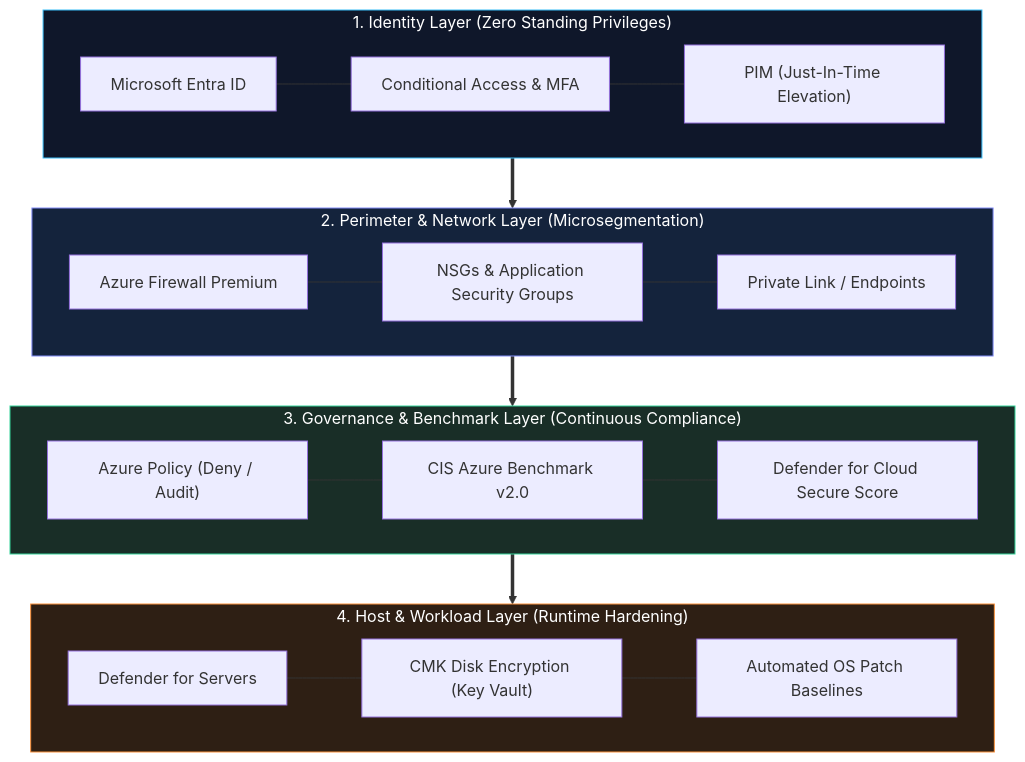
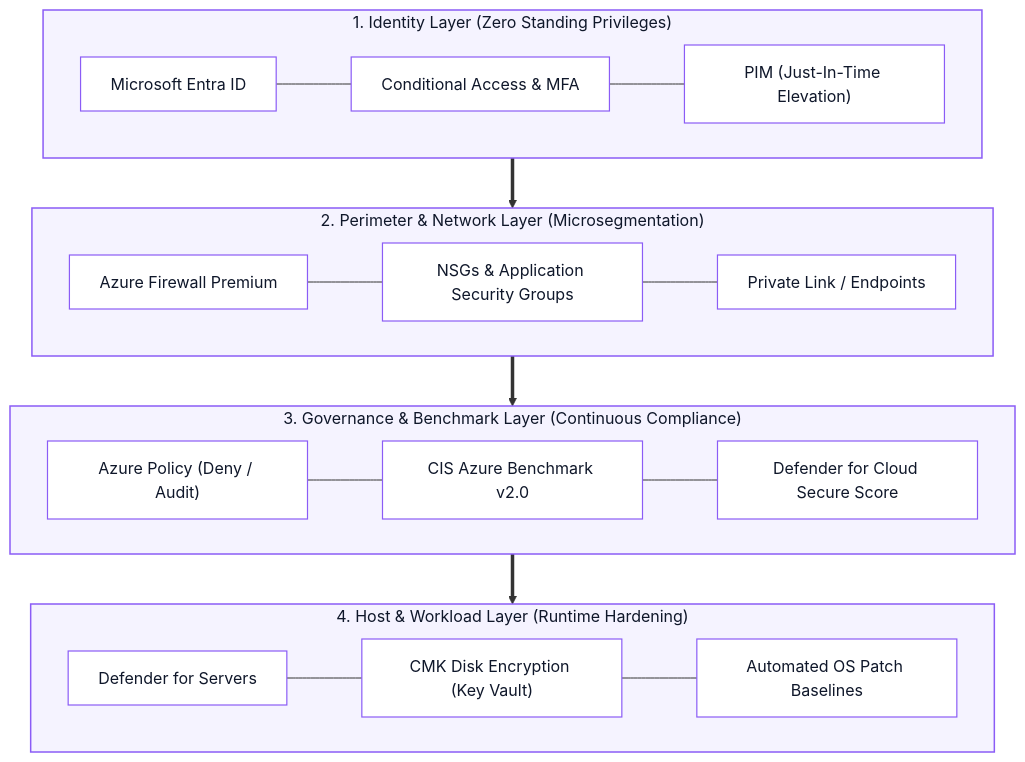
The sixth of 10 diagrams in README.md (Ankitasingh-singh/Ankitasingh-singh), drawn with Mermaid before and after one commit. The commit also changed other lines of this file, not shown here.

````diff
--- a/README.md
+++ b/README.md
@@ -334,25 +411,38 @@
 ```mermaid
 flowchart TD
     subgraph Layer1["1. Identity Layer (Zero Standing Privileges)"]
         ID1["Microsoft Entra ID"] --- ID2["Conditional Access & MFA"] --- ID3["PIM (Just-In-Time Elevation)"]
     end
 
     subgraph Layer2["2. Perimeter & Network Layer (Microsegmentation)"]
         NET1["Azure Firewall Premium"] --- NET2["NSGs & Application Security Groups"] --- NET3["Private Link / Endpoints"]
     end
 
     subgraph Layer3["3. Governance & Benchmark Layer (Continuous Compliance)"]
         GOV1["Azure Policy (Deny / Audit)"] --- GOV2["CIS Azure Benchmark v2.0"] --- GOV3["Defender for Cloud Secure Score"]
     end
 
     subgraph Layer4["4. Host & Workload Layer (Runtime Hardening)"]
         CMP1["Defender for Servers"] --- CMP2["CMK Disk Encryption (Key Vault)"] --- CMP3["Automated OS Patch Baselines"]
     end
 
     Layer1 ==> Layer2 ==> Layer3 ==> Layer4
 
-    style Layer1 fill:#0f172a,stroke:#38bdf8,stroke-width:1px,color:#fff
-    style Layer2 fill:#14233c,stroke:#818cf8,stroke-width:1px,color:#fff
-    style Layer3 fill:#192e27,stroke:#34d399,stroke-width:1px,color:#fff
-    style Layer4 fill:#2e1f14,stroke:#fb923c,stroke-width:1px,color:#fff
+    style Layer1 fill:#f5f3ff,stroke:#8b5cf6,stroke-width:1.5px,color:#0f172a
+    style Layer2 fill:#f5f3ff,stroke:#8b5cf6,stroke-width:1.5px,color:#0f172a
+    style Layer3 fill:#f5f3ff,stroke:#8b5cf6,stroke-width:1.5px,color:#0f172a
+    style Layer4 fill:#f5f3ff,stroke:#8b5cf6,stroke-width:1.5px,color:#0f172a
+
+    style ID1 fill:#ffffff,stroke:#8b5cf6,stroke-width:1.2px,color:#0f172a
+    style ID2 fill:#ffffff,stroke:#8b5cf6,stroke-width:1.2px,color:#0f172a
+    style ID3 fill:#ffffff,stroke:#8b5cf6,stroke-width:1.2px,color:#0f172a
+    style NET1 fill:#ffffff,stroke:#8b5cf6,stroke-width:1.2px,color:#0f172a
+    style NET2 fill:#ffffff,stroke:#8b5cf6,stroke-width:1.2px,color:#0f172a
+    style NET3 fill:#ffffff,stroke:#8b5cf6,stroke-width:1.2px,color:#0f172a
+    style GOV1 fill:#ffffff,stroke:#8b5cf6,stroke-width:1.2px,color:#0f172a
+    style GOV2 fill:#ffffff,stroke:#8b5cf6,stroke-width:1.2px,color:#0f172a
+    style GOV3 fill:#ffffff,stroke:#8b5cf6,stroke-width:1.2px,color:#0f172a
+    style CMP1 fill:#ffffff,stroke:#8b5cf6,stroke-width:1.2px,color:#0f172a
+    style CMP2 fill:#ffffff,stroke:#8b5cf6,stroke-width:1.2px,color:#0f172a
+    style CMP3 fill:#ffffff,stroke:#8b5cf6,stroke-width:1.2px,color:#0f172a
 ```
````
